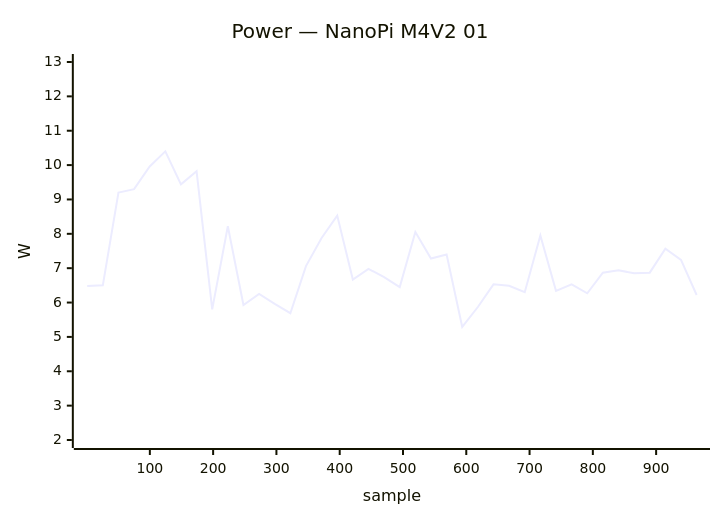
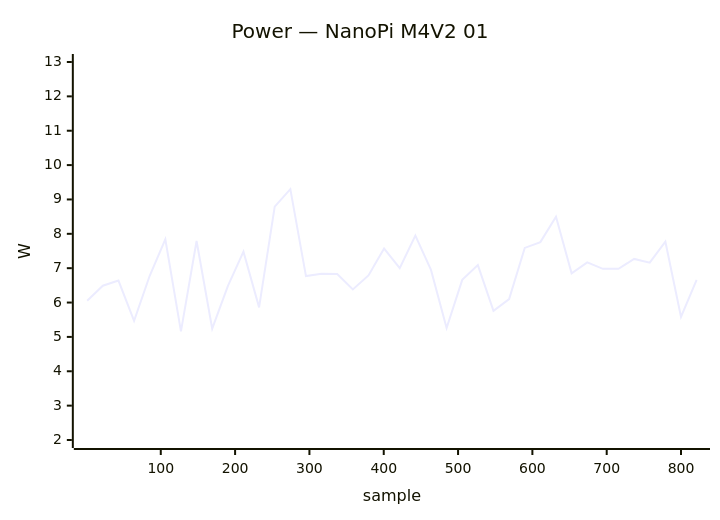
One commit to armbian/documentation changed diagram 17 of 34 in docs/status/board-tests.md. Above: the diagram before and after it, drawn with Mermaid. The commit also changed other lines of this file, not shown here.

````diff
--- a/docs/status/board-tests.md
+++ b/docs/status/board-tests.md
@@ -1475,7 +846,7 @@
 ```mermaid
 xychart-beta
     title "Power — NanoPi M4V2 01"
-    x-axis "sample" 1 --> 964
+    x-axis "sample" 1 --> 821
     y-axis "W" 2.0 --> 13.0
-    line [6.48, 6.50, 9.20, 9.30, 9.96, 10.40, 9.44, 9.82, 5.80, 8.22, 5.93, 6.25, 5.96, 5.69, 7.06, 7.88, 8.53, 6.67, 6.98, 6.74, 6.45, 8.05, 7.28, 7.40, 5.29, 5.87, 6.53, 6.49, 6.30, 7.95, 6.34, 6.53, 6.27, 6.87, 6.94, 6.85, 6.87, 7.57, 7.24, 6.22]
+    line [6.05, 6.49, 6.64, 5.47, 6.78, 7.84, 5.16, 7.79, 5.24, 6.48, 7.48, 5.86, 8.79, 9.30, 6.77, 6.84, 6.83, 6.38, 6.79, 7.57, 7.00, 7.95, 6.95, 5.26, 6.66, 7.09, 5.76, 6.10, 7.59, 7.76, 8.50, 6.85, 7.17, 6.98, 6.98, 7.27, 7.16, 7.77, 5.58, 6.66]
 ```
````
